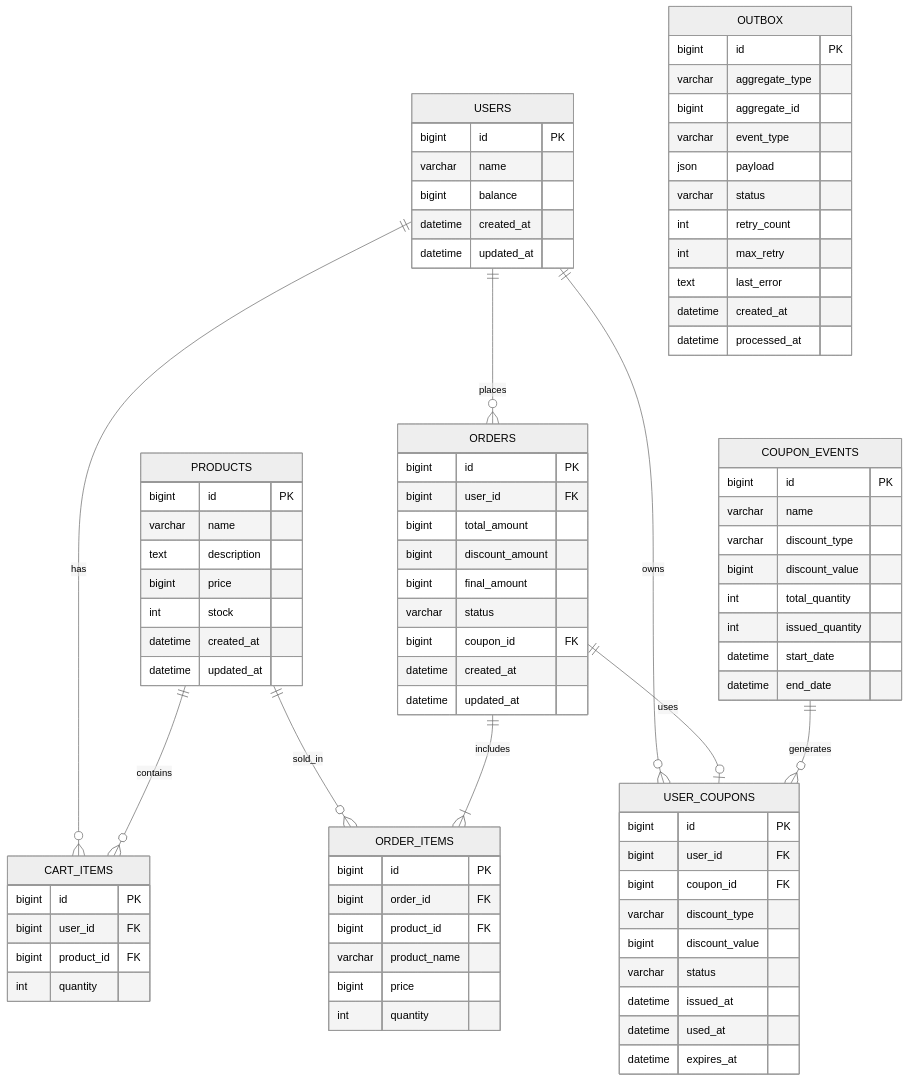
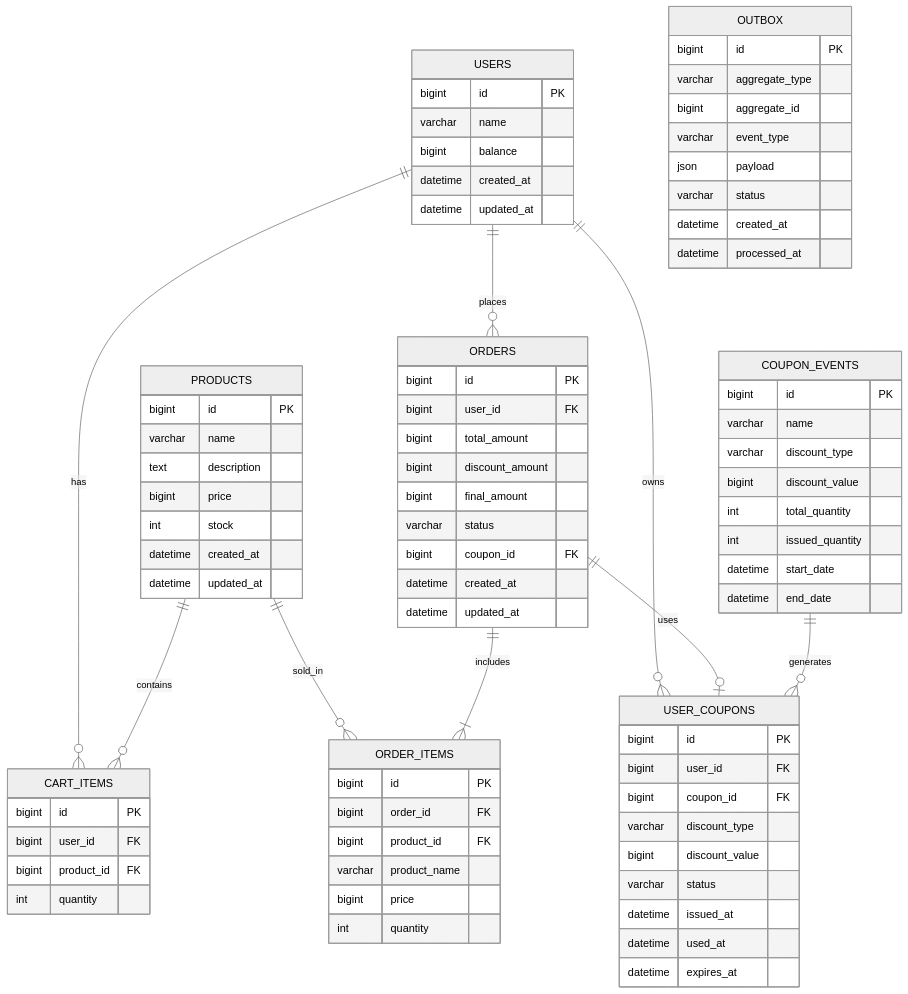
Before and after one commit to jaedeokhan/start-study: the diagram in week2-api-design-management/api-swagger/docs/api/data-model.md, drawn with Mermaid (neutral theme). The commit also changed other lines of this file, not shown here.

Commit message:
update: ERD outbox retry 관련 삭제

```diff
--- a/week2-api-design-management/api-swagger/docs/api/data-model.md
+++ b/week2-api-design-management/api-swagger/docs/api/data-model.md
@@ -117,9 +116,6 @@
         varchar event_type
         json payload
         varchar status
-        int retry_count
-        int max_retry
-        text last_error
         datetime created_at
         datetime processed_at
     }
```
